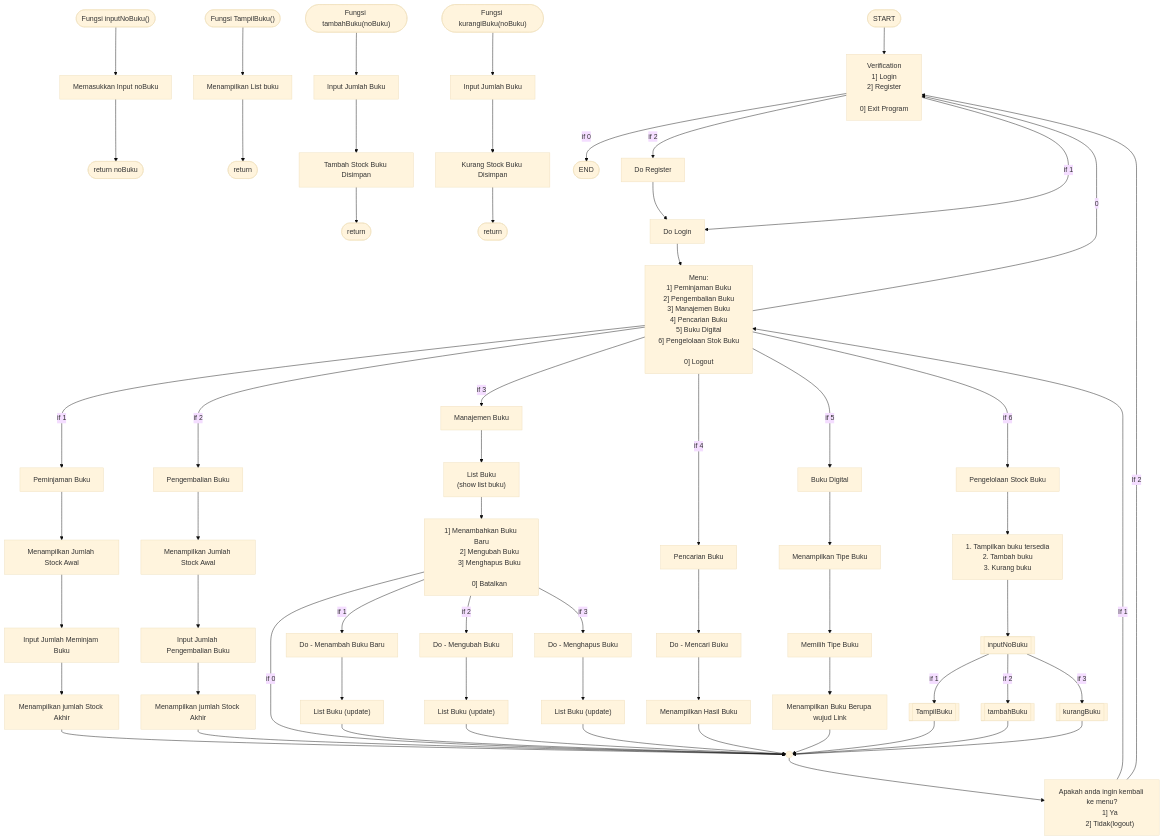
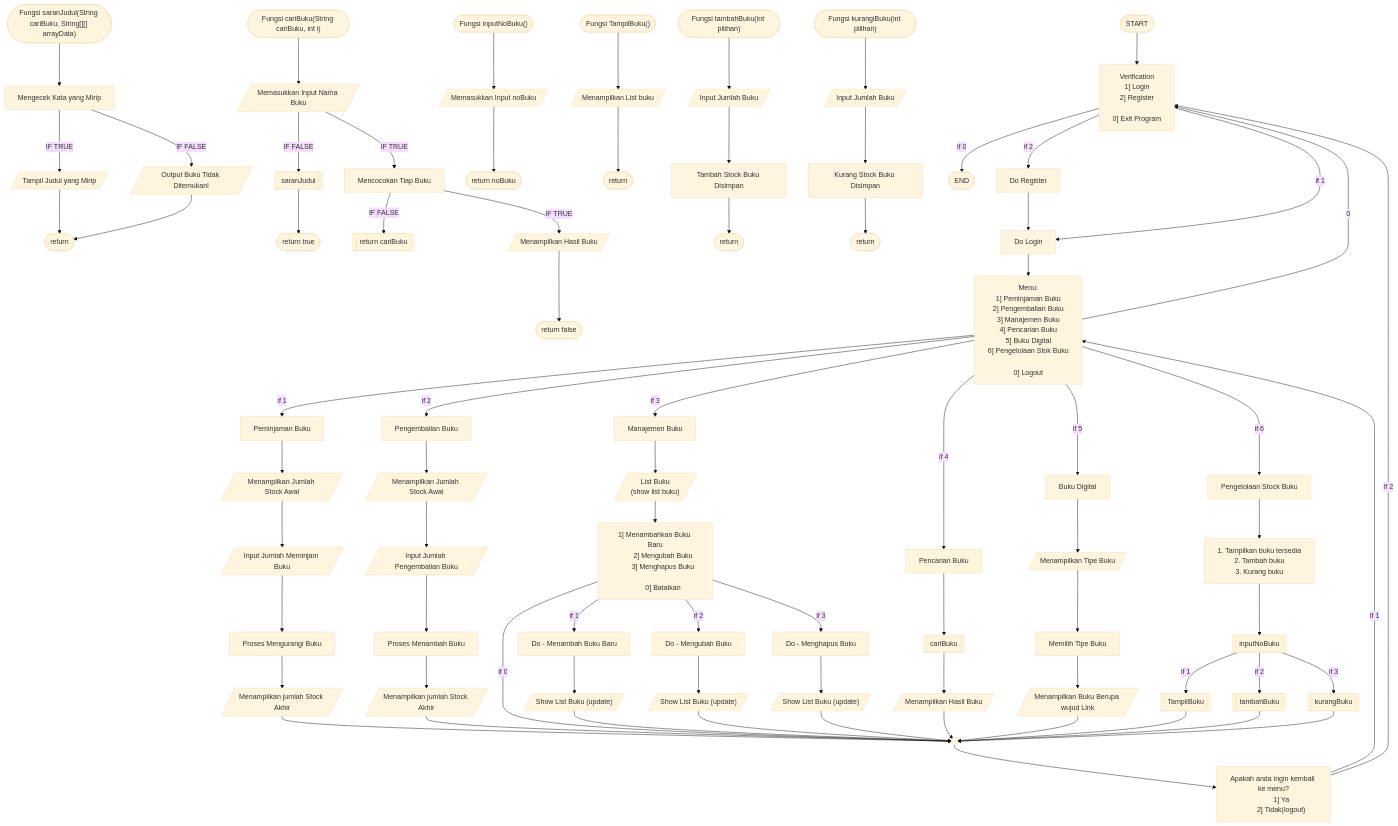
The diagram in project-team-flowchart.md (Dhnillhaq/Project-Sistem-Peminjaman), drawn with Mermaid (base theme) before and after one commit.

Commit message:
feat: change Flowchart

```diff
--- a/project-team-flowchart.md
+++ b/project-team-flowchart.md
@@ -20,17 +20,31 @@
 flowchart TD
     
     %% Fungsi
+    %% -------- Saran Judul
+    FungsiSaranJudul(["Fungsi saranJudul(String cariBuku, String[][] arrayData)"]) --> cekKataMirip["Mengecek Kata yang Mirip"]
+    cekKataMirip -- IF TRUE --> outputTampilJudulMirip[/"Tampil Judul yang Mirip"/]
+    outputTampilJudulMirip --> returnFungsiSaranJudul(["return"])
+    cekKataMirip -- IF FALSE --> outputBukuTidakDitemukan[/"Output Buku Tidak Ditemukan!"/]
+    outputBukuTidakDitemukan --> returnFungsiSaranJudul
+    %% -------- Cari Buku
+    FungsiCariNamaBuku(["Fungsi cariBuku(String cariBuku, int i)"]) --> inputCariNamaBuku[/"Memasukkan Input Nama Buku"/]
+    inputCariNamaBuku -- IF FALSE --> tampilSaranJudul[["saranJudul"]]
+    tampilSaranJudul --> returnTrue(["return true"])
+    inputCariNamaBuku -- IF TRUE --> rekursifCariTiapBuku["Mencocokan Tiap Buku"]
+    rekursifCariTiapBuku -- IF FALSE --> returnFungsiCariNamaBuku[["return cariBuku"]]
+    rekursifCariTiapBuku -- IF TRUE --> tampilHasilBuku[/"Menampilkan Hasil Buku"/]
+    tampilHasilBuku --> returnFalse(["return false"])
     %% -------- Input No Buku
-    FungsiInputNoBuku(["Fungsi inputNoBuku()"]) --> InputNoBukuUser["Memasukkan Input noBuku"]
+    FungsiInputNoBuku(["Fungsi inputNoBuku()"]) --> InputNoBukuUser[/"Memasukkan Input noBuku"/]
     InputNoBukuUser --> returnFungsiInputNoBuku(["return noBuku"])
     %% -------- Menampilkan Buku
-    FungsiMenampilkanBuku(["Fungsi TampilBuku()"]) --> MenampilkanListBuku2["Menampilkan List buku"] --> returnFungsiMenampilkanBuku(["return"])
+    FungsiMenampilkanBuku(["Fungsi TampilBuku()"]) --> MenampilkanListBuku2[/"Menampilkan List buku"/] --> returnFungsiMenampilkanBuku(["return"])
     %% -------- Tambah Buku
-    FungsiTambahBuku(["Fungsi tambahBuku(noBuku)"]) --> InputJumlahBuku["Input Jumlah Buku"]
+    FungsiTambahBuku(["Fungsi tambahBuku(int pilihan)"]) --> InputJumlahBuku[/"Input Jumlah Buku"/]
     InputJumlahBuku --> Simpan["Tambah Stock Buku Disimpan"]
     Simpan --> returnFungsiTambahBuku(["return"])
     %% -------- Kurangi Buku
-    FungsiKurangiBuku(["Fungsi kurangiBuku(noBuku)"]) --> InputJumlahBuku2["Input Jumlah Buku"]
+    FungsiKurangiBuku(["Fungsi kurangiBuku(int pilihan)"]) --> InputJumlahBuku2[/"Input Jumlah Buku"/]
     InputJumlahBuku2 --> Simpan2["Kurang Stock Buku Disimpan"]
     Simpan2 --> returnFungsiKurangiBuku(["return"])
 
@@ -67,21 +81,23 @@
 
     %% 1] Peminjaman Buku
     Menu -- if 1 --> PeminjamanBuku["Peminjaman Buku"]
-    PeminjamanBuku --> JumlahStockAwal["Menampilkan Jumlah Stock Awal"]
-    JumlahStockAwal --> InputJumlahMeminjam["Input Jumlah Meminjam Buku"]
-    InputJumlahMeminjam --> JumlahStockAkhir["Menampilkan jumlah Stock Akhir"]
+    PeminjamanBuku --> JumlahStockAwal[/"Menampilkan Jumlah Stock Awal"/]
+    JumlahStockAwal --> InputJumlahMeminjam[/"Input Jumlah Meminjam Buku"/]
+    InputJumlahMeminjam --> ProsesMeminjamBuku["Proses Mengurangi Buku"]
+    ProsesMeminjamBuku --> JumlahStockAkhir[/"Menampilkan jumlah Stock Akhir"/]
     JumlahStockAkhir --> Point((" "))
 
     %% 2] Pengembalian Buku
     Menu -- if 2 --> PengembalianBuku["Pengembalian Buku"]
-    PengembalianBuku --> JumlahStockAwal2["Menampilkan Jumlah Stock Awal"]
-    JumlahStockAwal2 --> InputJumlahMengembalikan["Input Jumlah Pengembalian Buku"]
-    InputJumlahMengembalikan --> JumlahStockAkhir2["Menampilkan jumlah Stock Akhir"]
+    PengembalianBuku --> JumlahStockAwal2[/"Menampilkan Jumlah Stock Awal"/]
+    JumlahStockAwal2 --> InputJumlahMengembalikan[/"Input Jumlah Pengembalian Buku"/]
+    InputJumlahMengembalikan --> ProsesMengembalikanBuku["Proses Menambah Buku"]
+    ProsesMengembalikanBuku --> JumlahStockAkhir2[/"Menampilkan jumlah Stock Akhir"/]
     JumlahStockAkhir2 --> Point((" "))
 
     %% 3] Manajemen Buku
     Menu -- if 3 --> ManajemenBuku["Manajemen Buku"]
-    ManajemenBuku --> ListBuku["List Buku\n(show list buku)"]
+    ManajemenBuku --> ListBuku[/"List Buku\n(show list buku)"/]
     ListBuku --> MenuManajemenBuku["
         1] Menambahkan Buku Baru
         2] Mengubah Buku
@@ -93,28 +109,28 @@
         MenuManajemenBuku -- if 0 --> Point((" "))
         %% Menambah Buku Baru
         MenuManajemenBuku -- if 1 --> MenambahBukuBaru["Do - Menambah Buku Baru"]
-        MenambahBukuBaru --> ListBukuFinal["List Buku (update)"]
+        MenambahBukuBaru --> ListBukuFinal[/"Show List Buku (update)"/]
         ListBukuFinal --> Point((" "))
         %%Mengubah Buku
         MenuManajemenBuku -- if 2 --> MengubahBuku["Do - Mengubah Buku"]
-        MengubahBuku --> ListBukuFinal2["List Buku (update)"]
+        MengubahBuku --> ListBukuFinal2[/"Show List Buku (update)"/]
         ListBukuFinal2 --> Point((" "))
         %%Menghapus Buku
         MenuManajemenBuku -- if 3 --> MenghapusBuku["Do - Menghapus Buku"]
-        MenghapusBuku --> ListBukuFinal3["List Buku (update)"]
+        MenghapusBuku --> ListBukuFinal3[/"Show List Buku (update)"/]
         ListBukuFinal3 --> Point((" "))
     
     %% 4] Pencarian Buku
     Menu -- if 4 --> PencarianBuku["Pencarian Buku"]
-    PencarianBuku --> MencariBuku["Do - Mencari Buku"]
-    MencariBuku --> HasilBukuTemuan["Menampilkan Hasil Buku"]
+    PencarianBuku --> MencariBuku[["cariBuku"]]
+    MencariBuku --> HasilBukuTemuan[/"Menampilkan Hasil Buku"/]
     HasilBukuTemuan --> Point((" "))
 
     %% 5] Buku Digital
     Menu -- if 5 --> BukuDigital["Buku Digital"]
-    BukuDigital --> MenampilkanTipeBuku["Menampilkan Tipe Buku"]
+    BukuDigital --> MenampilkanTipeBuku[/"Menampilkan Tipe Buku"/]
     MenampilkanTipeBuku -->  MemilihTipeBuku["Memilih Tipe Buku"]
-    MemilihTipeBuku --> TampilkananBuku["Menampilkan Buku Berupa wujud Link"]
+    MemilihTipeBuku --> TampilkananBuku[/"Menampilkan Buku Berupa wujud Link"/]
     TampilkananBuku --> Point((" "))
     
     %% 6] Pengelolaan Stok Buku
```
